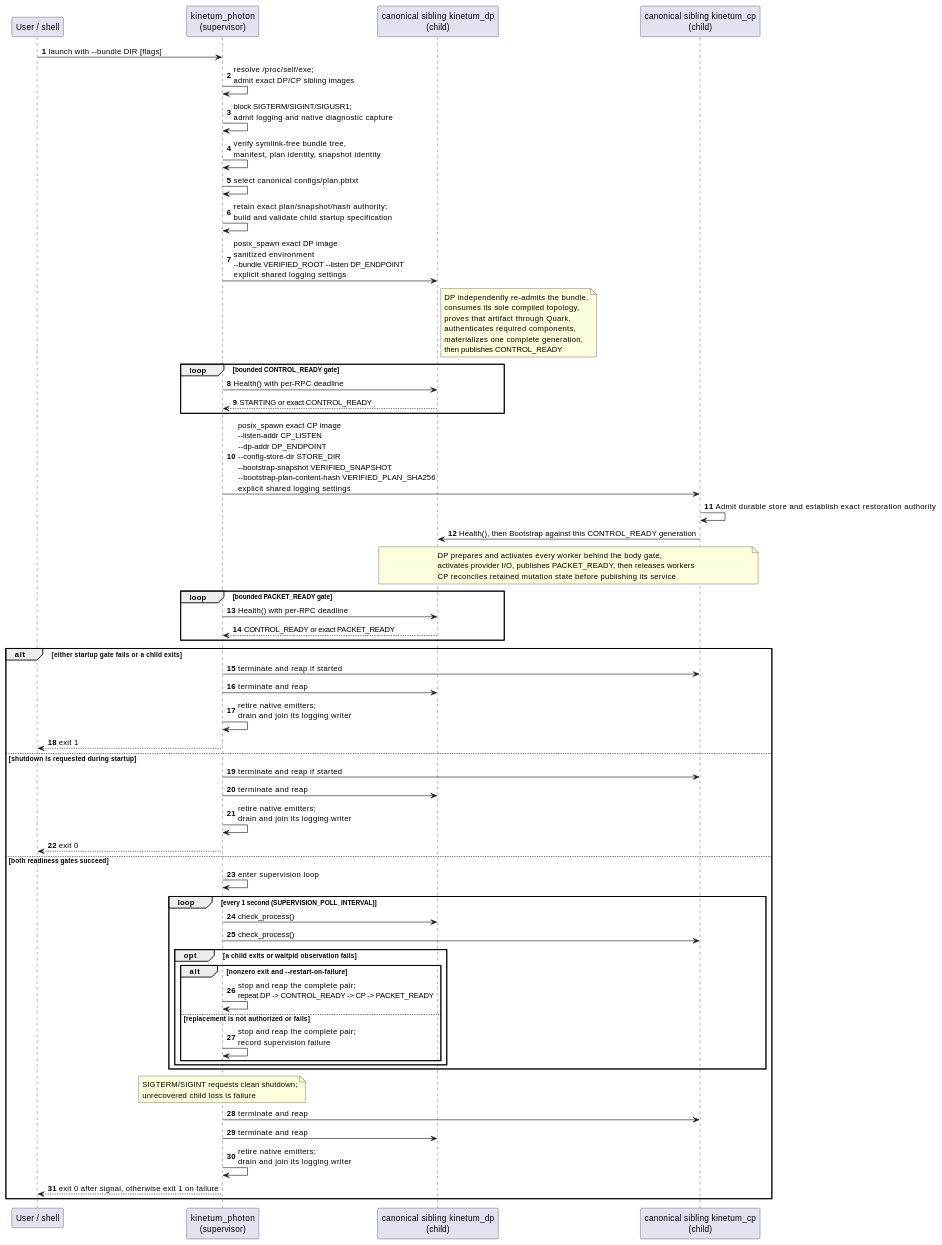
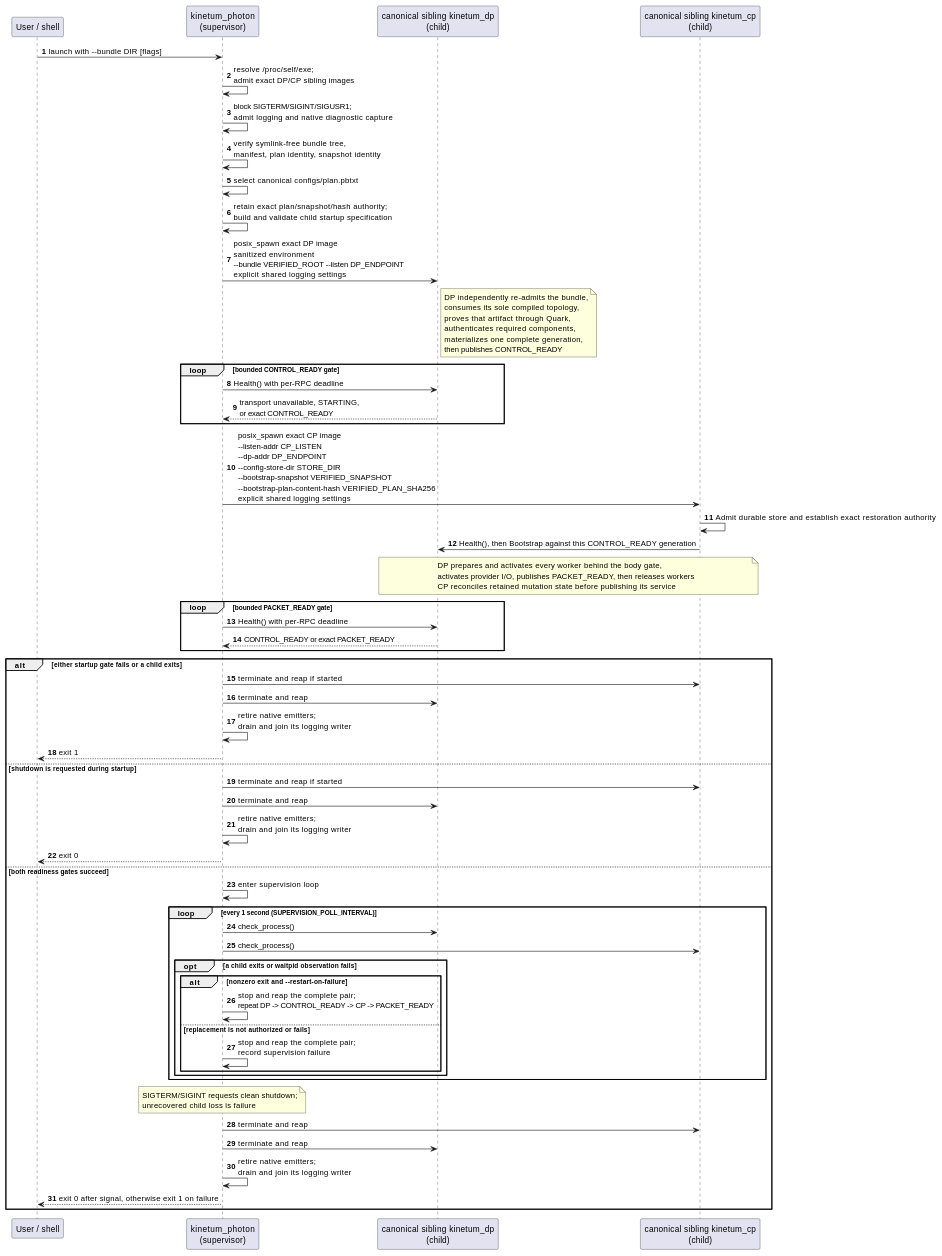
The diagram in docs/PHOTON.md (flemingpatel/kinetum), drawn with PlantUML before and after one commit. The commit also changed other lines of this file and 79 other files, not shown here.

````diff
--- a/docs/PHOTON.md
+++ b/docs/PHOTON.md
@@ -93,59 +93,59 @@
 ```{uml}
 @startuml
     autonumber
     participant "User / shell" as User
     participant "kinetum_photon\n(supervisor)" as Photon
     participant "canonical sibling kinetum_dp\n(child)" as DP
     participant "canonical sibling kinetum_cp\n(child)" as CP
 
     User->Photon: launch with ~--bundle DIR [flags]
     Photon->Photon: resolve /proc/self/exe;\nadmit exact DP/CP sibling images
     Photon->Photon: block SIGTERM/SIGINT/SIGUSR1;\nadmit logging and native diagnostic capture
     Photon->Photon: verify symlink-free bundle tree,\nmanifest, plan identity, snapshot identity
     Photon->Photon: select canonical configs/plan.pbtxt
     Photon->Photon: retain exact plan/snapshot/hash authority;\nbuild and validate child startup specification
     Photon->DP: posix_spawn exact DP image\nsanitized environment\n~--bundle VERIFIED_ROOT ~--listen DP_ENDPOINT\nexplicit shared logging settings
     note right of DP: DP independently re-admits the bundle,\nconsumes its sole compiled topology,\nproves that artifact through Quark,\nauthenticates required components,\nmaterializes one complete generation,\nthen publishes CONTROL_READY
     loop bounded CONTROL_READY gate
         Photon->DP: Health() with per-RPC deadline
-        DP-->Photon: STARTING or exact CONTROL_READY
+        DP-->Photon: transport unavailable, STARTING,\nor exact CONTROL_READY
     end
     Photon->CP: posix_spawn exact CP image\n~--listen-addr CP_LISTEN\n~--dp-addr DP_ENDPOINT\n~--config-store-dir STORE_DIR\n~--bootstrap-snapshot VERIFIED_SNAPSHOT\n~--bootstrap-plan-content-hash VERIFIED_PLAN_SHA256\nexplicit shared logging settings
     CP->CP: Admit durable store and establish exact restoration authority
     CP->DP: Health(), then Bootstrap against this CONTROL_READY generation
     note over CP,DP: DP prepares and activates every worker behind the body gate,\nactivates provider I/O, publishes PACKET_READY, then releases workers\nCP reconciles retained mutation state before publishing its service
     loop bounded PACKET_READY gate
         Photon->DP: Health() with per-RPC deadline
         DP-->Photon: CONTROL_READY or exact PACKET_READY
     end
     alt either startup gate fails or a child exits
         Photon->CP: terminate and reap if started
         Photon->DP: terminate and reap
         Photon->Photon: retire native emitters;\ndrain and join its logging writer
         Photon-->User: exit 1
     else shutdown is requested during startup
         Photon->CP: terminate and reap if started
         Photon->DP: terminate and reap
         Photon->Photon: retire native emitters;\ndrain and join its logging writer
         Photon-->User: exit 0
     else both readiness gates succeed
         Photon->Photon: enter supervision loop
         loop every 1 second (SUPERVISION_POLL_INTERVAL)
             Photon->DP: check_process()
             Photon->CP: check_process()
             opt a child exits or waitpid observation fails
                 alt nonzero exit and ~--restart-on-failure
                     Photon->Photon: stop and reap the complete pair;\nrepeat DP -> CONTROL_READY -> CP -> PACKET_READY
                 else replacement is not authorized or fails
                     Photon->Photon: stop and reap the complete pair;\nrecord supervision failure
                 end
             end
         end
         note over Photon: SIGTERM/SIGINT requests clean shutdown;\nunrecovered child loss is failure
         Photon->CP: terminate and reap
         Photon->DP: terminate and reap
         Photon->Photon: retire native emitters;\ndrain and join its logging writer
         Photon-->User: exit 0 after signal, otherwise exit 1 on failure
     end
 @enduml
 ```
````
